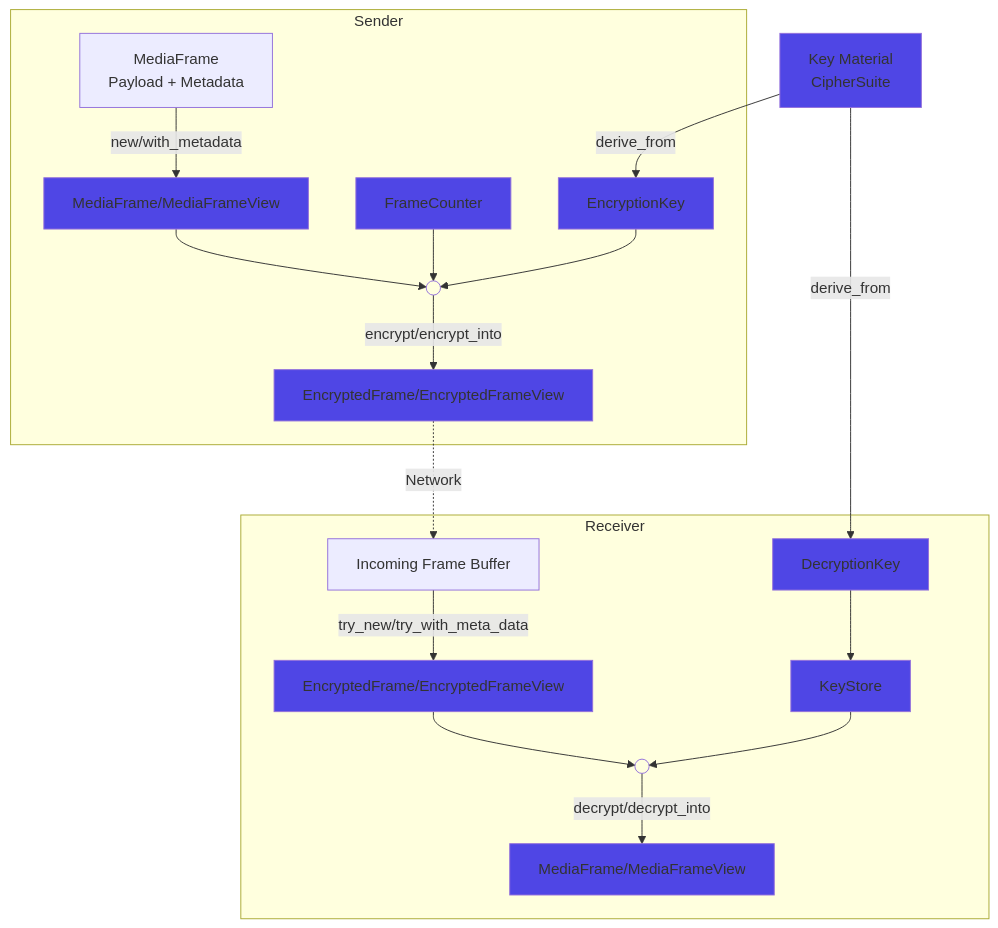
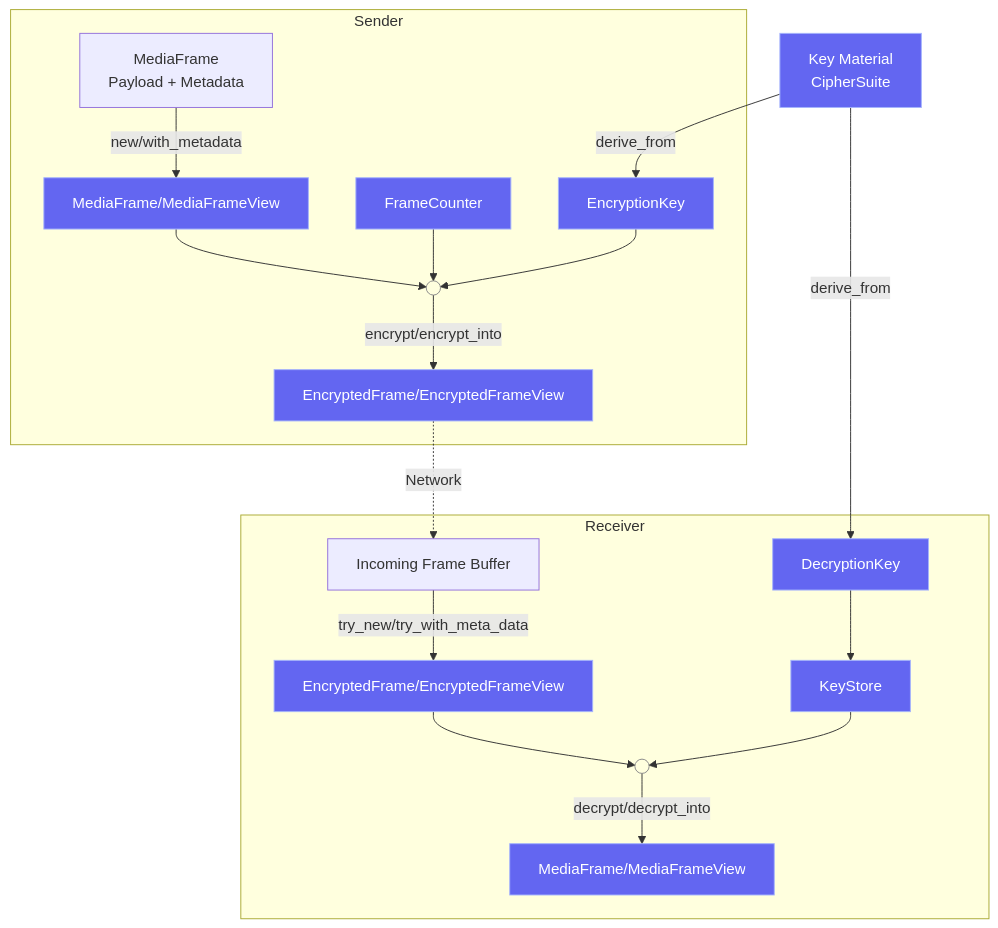
The diagram in README.md (TobTheRock/sframe-rs), drawn with Mermaid before and after one commit.

Commit message:
docs: adjust flow diagram colours

````diff
--- a/README.md
+++ b/README.md
@@ -68,36 +68,29 @@
 ```mermaid
 flowchart TD
     subgraph Sender
         A[MediaFrame<br/>Payload + Metadata] -->|new/with_metadata| B[MediaFrame/MediaFrameView]
         B --> EncryptJunction(( ))
         EncryptJunction -->|encrypt/encrypt_into| C[EncryptedFrame/EncryptedFrameView]
         FC[FrameCounter] --> EncryptJunction
         EK[EncryptionKey] --> EncryptJunction
     end
     
     Shared[Key Material<br/>CipherSuite]
     Shared -->|derive_from| EK
     Shared -->|derive_from| DK
     
     subgraph Receiver
         D[Incoming Frame Buffer] -->|try_new/try_with_meta_data| E[EncryptedFrame/EncryptedFrameView]
         E --> DecryptJunction(( ))
         DecryptJunction -->|decrypt/decrypt_into| F[MediaFrame/MediaFrameView]
         DK[DecryptionKey] --> KS[KeyStore]
         KS --> DecryptJunction
     end
     
     C -.->|Network| D
     
-    style Shared fill:#4f46e5
-    style B fill:#4f46e5
-    style C fill:#4f46e5
-    style E fill:#4f46e5
-    style F fill:#4f46e5
-    style EK fill:#4f46e5
-    style DK fill:#4f46e5
-    style FC fill:#4f46e5
-    style KS fill:#4f46e5
-    style EncryptJunction fill:transparent
-    style DecryptJunction fill:transparent
+    classDef sframe fill:#6366f1,stroke:#a5b4fc,stroke-width:1px,color:#fff
+    class Shared,B,C,E,F,EK,DK,FC,KS sframe
+    style EncryptJunction fill:transparent,stroke:#888
+    style DecryptJunction fill:transparent,stroke:#888
 ```
````
